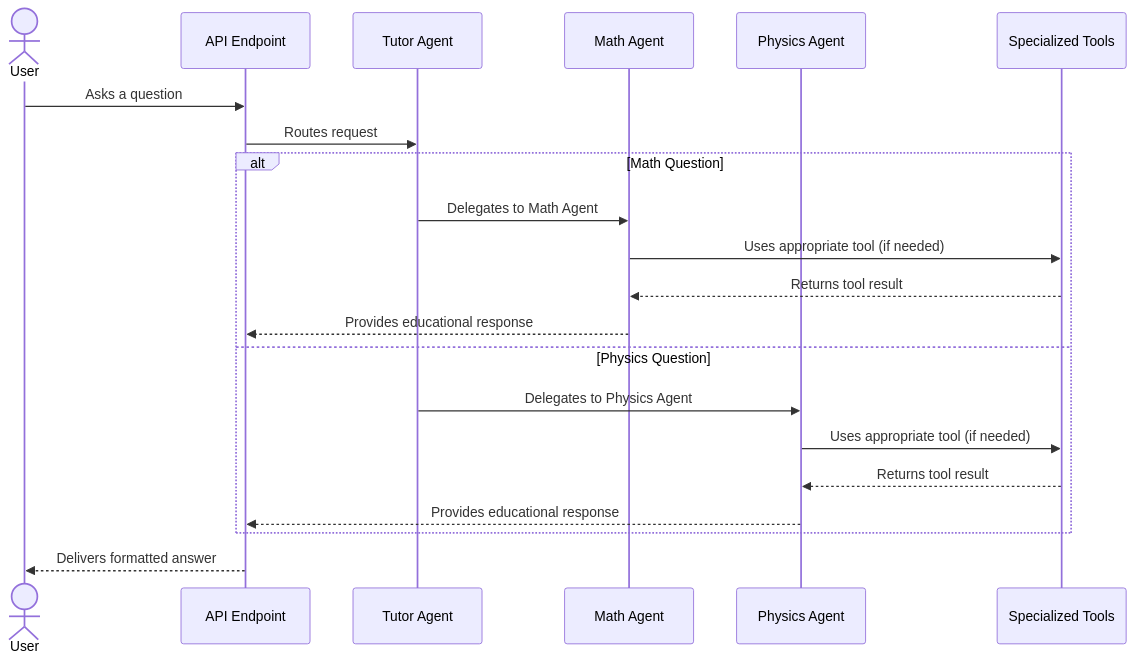
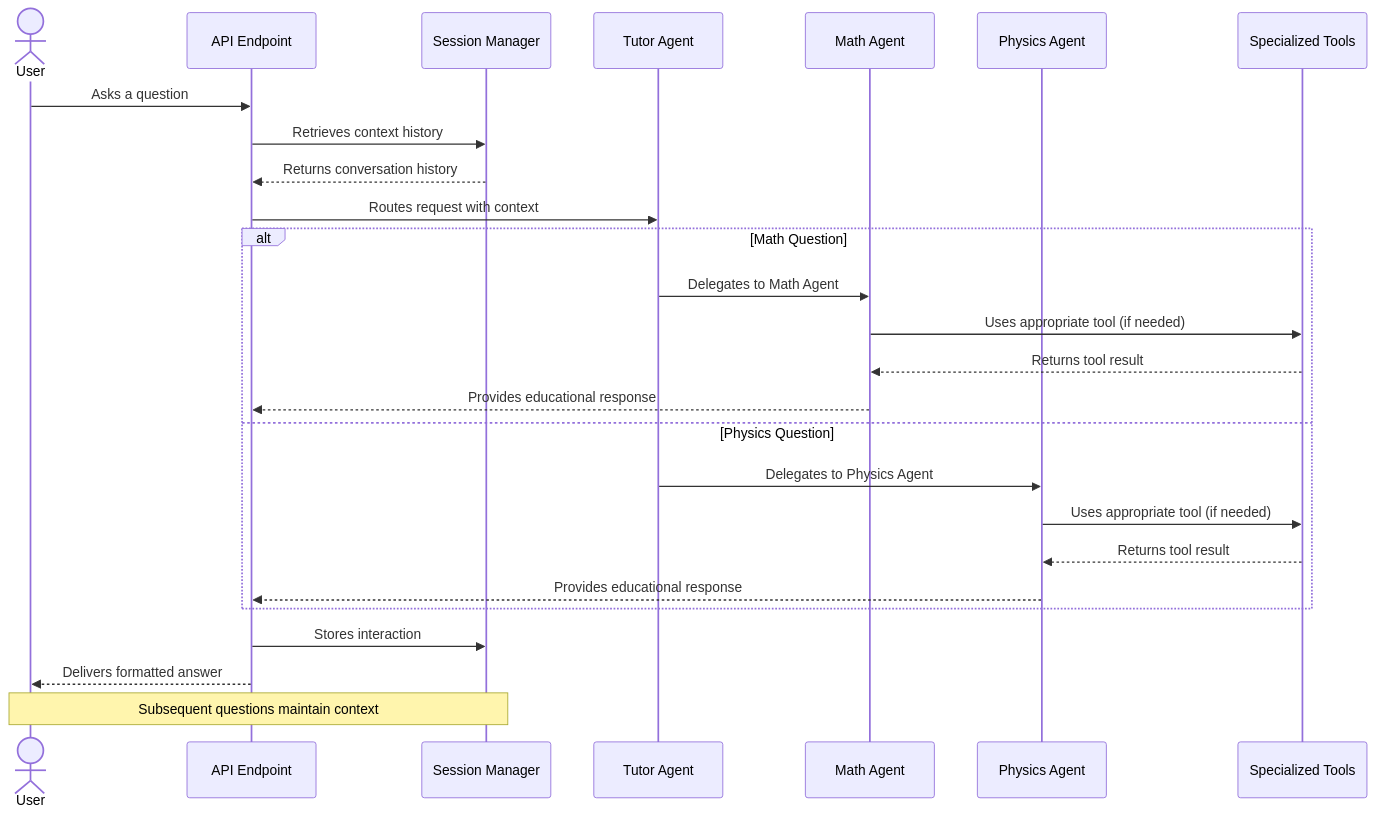
Before and after one commit to CodingBad02/MultiAgentTutor: the second of 2 diagrams in README.md, drawn with Mermaid. The commit also changed other lines of this file and 2 other files, not shown here.

Commit message:
Feat: Added Session Manager As well

````diff
--- a/README.md
+++ b/README.md
@@ -85,26 +98,32 @@
 ```mermaid
 sequenceDiagram
     actor User
     participant API as API Endpoint
+    participant Session as Session Manager
     participant Tutor as Tutor Agent
     participant Math as Math Agent
     participant Physics as Physics Agent
     participant Tools as Specialized Tools
     
     User->>API: Asks a question
-    API->>Tutor: Routes request
+    API->>Session: Retrieves context history
+    Session-->>API: Returns conversation history
+    API->>Tutor: Routes request with context
     
     alt Math Question
         Tutor->>Math: Delegates to Math Agent
         Math->>Tools: Uses appropriate tool (if needed)
         Tools-->>Math: Returns tool result
         Math-->>API: Provides educational response
     else Physics Question
         Tutor->>Physics: Delegates to Physics Agent
         Physics->>Tools: Uses appropriate tool (if needed)
         Tools-->>Physics: Returns tool result
         Physics-->>API: Provides educational response
     end
     
+    API->>Session: Stores interaction
     API-->>User: Delivers formatted answer
+    
+    Note over User,Session: Subsequent questions maintain context
 ```
````
